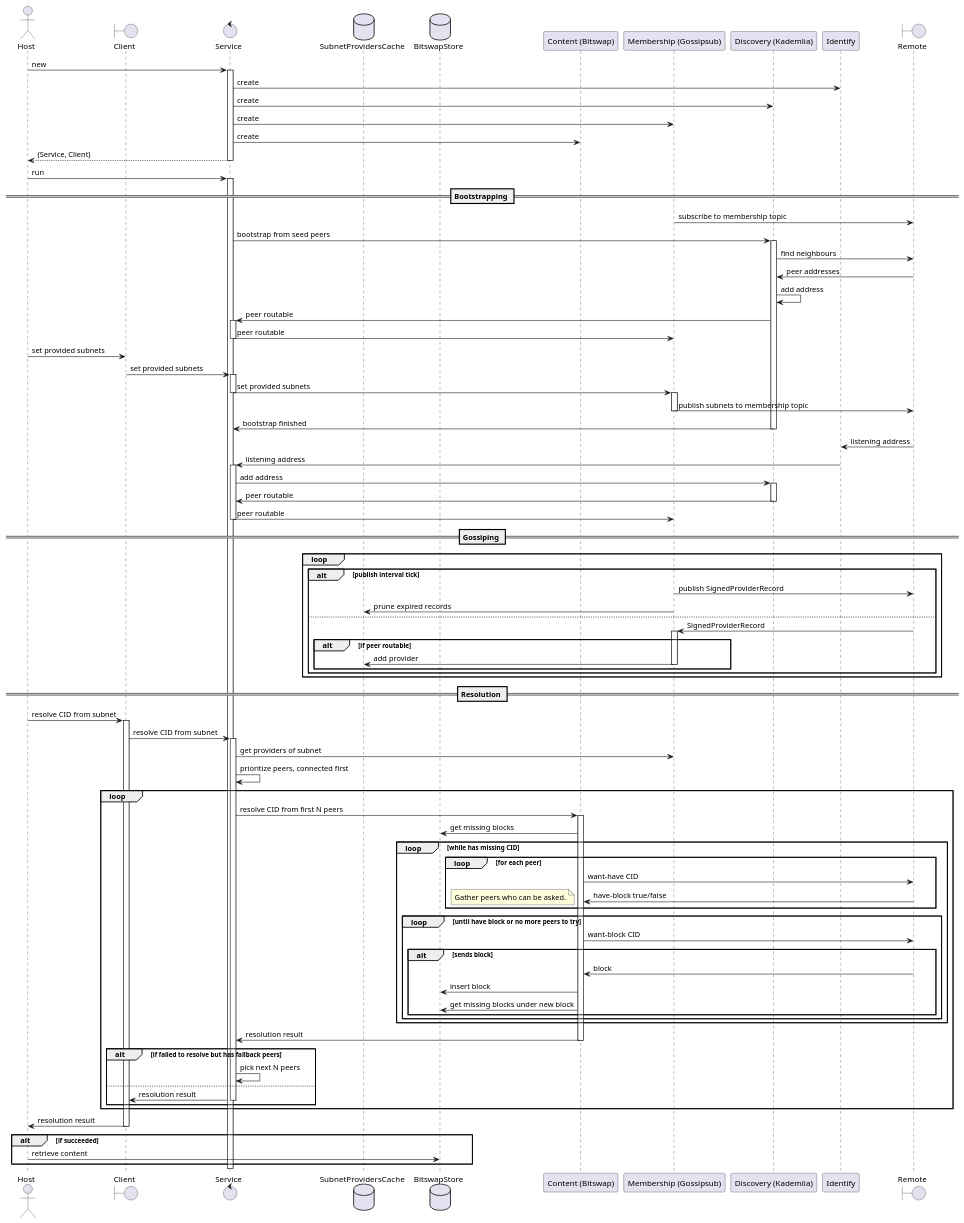
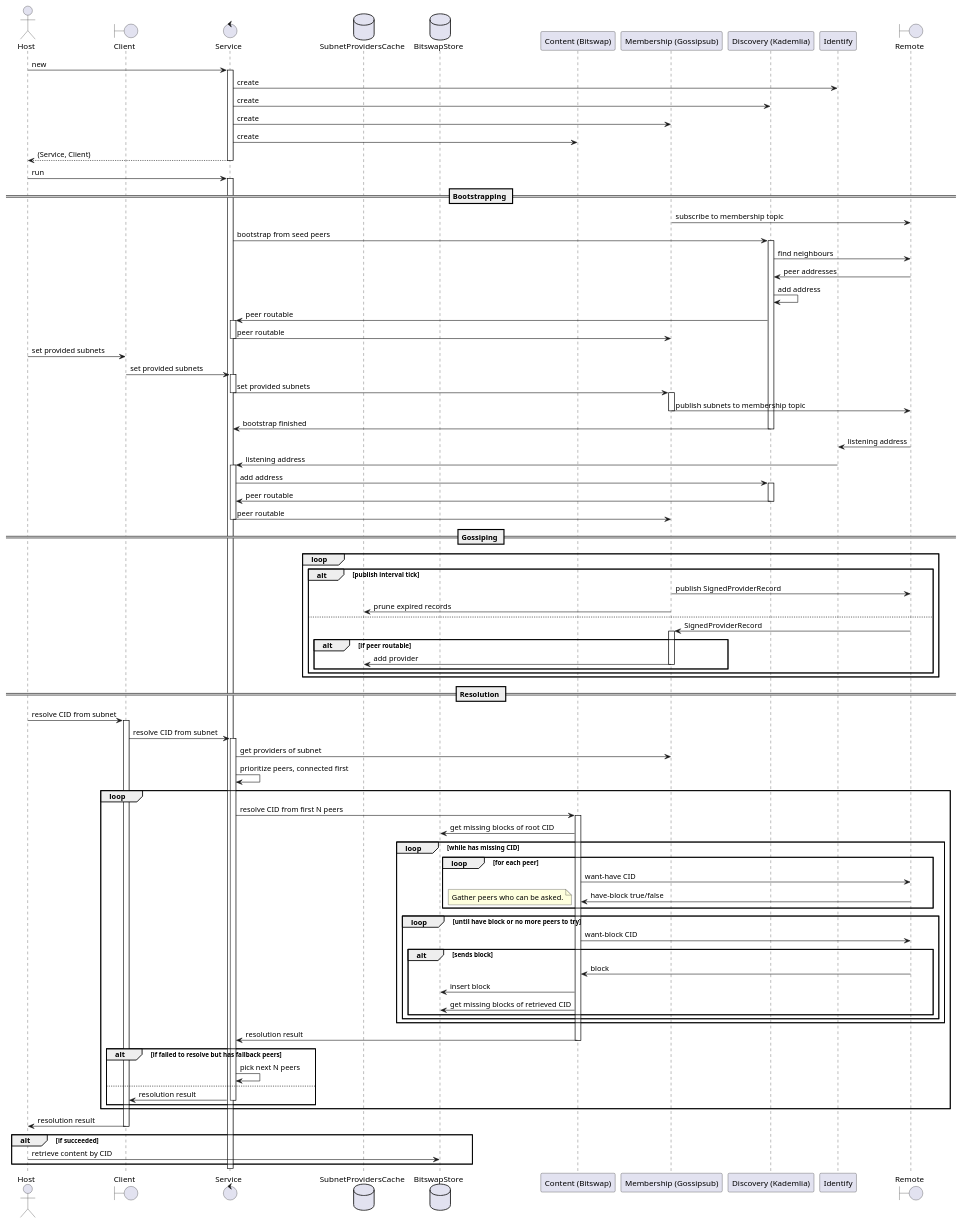
Before and after one commit to consensus-shipyard/ipc-libs: the diagram in docs/diagrams/ipld_resolver.puml, drawn with PlantUML. The commit also changed 4 other files, not shown here.

Commit message:
IPC-69: CI check-diagrams

```diff
--- a/docs/diagrams/ipld_resolver.puml
+++ b/docs/diagrams/ipld_resolver.puml
@@ -1,100 +1,100 @@
 @startuml IPLD Resolver
 actor Host
 boundary Client
 control Service
 database SubnetProvidersCache
 database BitswapStore
 participant "Content (Bitswap)" as Content
 participant "Membership (Gossipsub)" as Membership
 participant "Discovery (Kademlia)" as Discovery
 participant Identify
 boundary Remote
 
 
 Host -> Service ++: new
 Service -> Identify: create
 Service -> Discovery: create
 Service -> Membership: create
 Service -> Content: create
 return (Service, Client)
 
 Host -> Service ++: run
 
 == Bootstrapping ==
 
 Membership -> Remote: subscribe to membership topic
 Service -> Discovery ++: bootstrap from seed peers
 Discovery -> Remote: find neighbours
 Remote -> Discovery: peer addresses
 
 Discovery -> Discovery: add address
 Discovery -> Service ++: peer routable
 Service -> Membership --: peer routable
 
 Host -> Client: set provided subnets
 Client -> Service ++: set provided subnets
 Service -> Membership --++: set provided subnets
 Membership -> Remote --: publish subnets to membership topic
 
 Discovery -> Service --: bootstrap finished
 
 Remote -> Identify: listening address
 Identify -> Service ++: listening address
 Service -> Discovery ++: add address
 Discovery -> Service --: peer routable
 Service -> Membership --: peer routable
 
 == Gossiping ==
 
 loop
   alt publish interval tick
     Membership -> Remote: publish SignedProviderRecord
     Membership -> SubnetProvidersCache: prune expired records
   else
     Remote -> Membership ++: SignedProviderRecord
     alt if peer routable
       Membership -> SubnetProvidersCache --: add provider
     end
   end
 end
 
 == Resolution ==
 
 Host -> Client ++: resolve CID from subnet
 Client -> Service ++: resolve CID from subnet
 Service -> Membership: get providers of subnet
 Service -> Service: prioritize peers, connected first
 loop
   Service -> Content ++: resolve CID from first N peers
-  Content -> BitswapStore: get missing blocks
+  Content -> BitswapStore: get missing blocks of root CID
   loop while has missing CID
     loop for each peer
       Content -> Remote: want-have CID
       Remote -> Content: have-block true/false
       note left
         Gather peers who can be asked.
       end note
     end
     loop until have block or no more peers to try
       Content -> Remote: want-block CID
       alt sends block
         Remote -> Content: block
         Content -> BitswapStore: insert block
-        Content -> BitswapStore: get missing blocks under new block
+        Content -> BitswapStore: get missing blocks of retrieved CID
       end
     end
   end
   Content -> Service --: resolution result
   alt if failed to resolve but has fallback peers
     Service -> Service: pick next N peers
   else
     Service -> Client --: resolution result
   end
 end
 Client -> Host --: resolution result
 
 alt if succeeded
-  Host -> BitswapStore: retrieve content
+  Host -> BitswapStore: retrieve content by CID
 end
 
 @enduml
```
